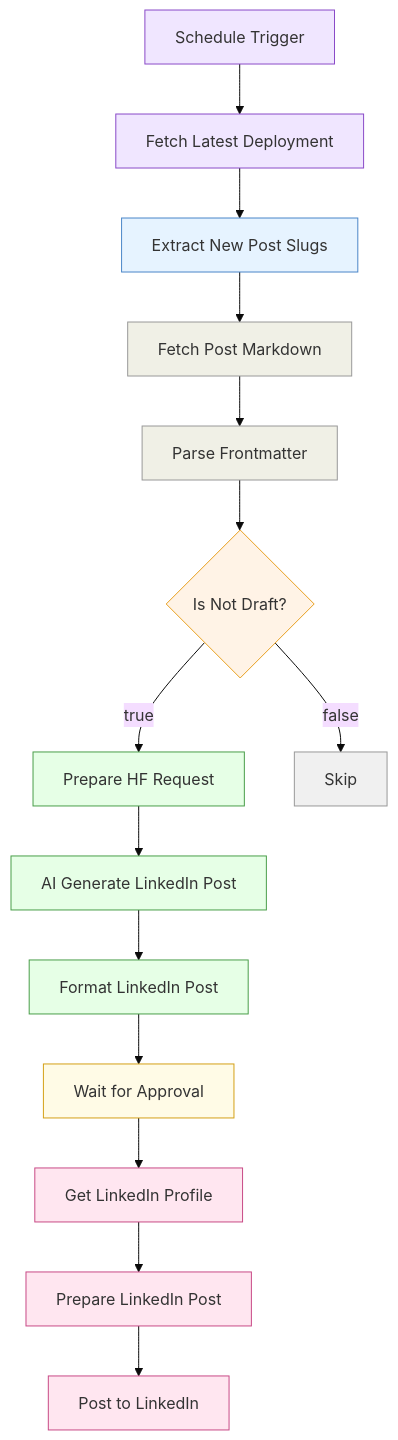
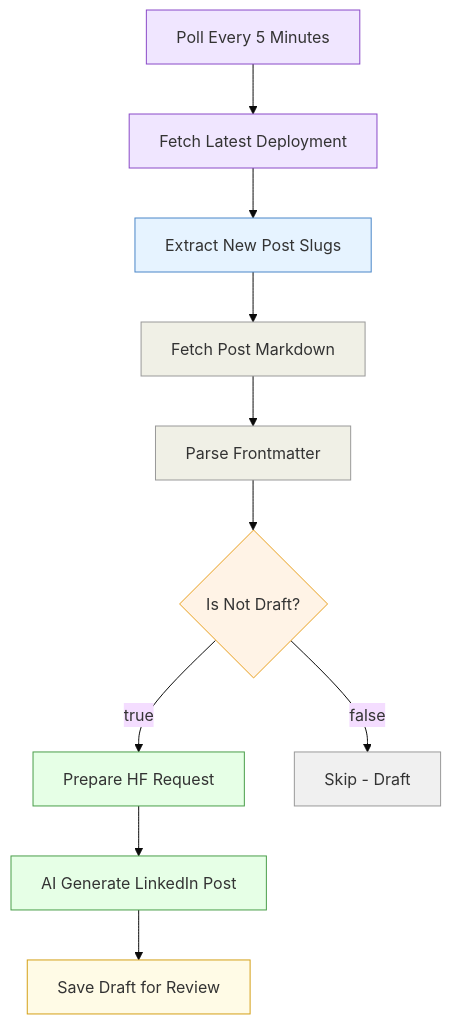
One commit to thatsmeadarsh/n8n-powered-auto-web-publish changed the third of 7 diagrams in docs/architecture.md. Above: the diagram before and after it, drawn with Mermaid (base theme). The commit also changed other lines of this file and 7 other files, not shown here.

First line of the commit message:
Add two-workflow architecture with form-based review

````diff
--- a/docs/architecture.md
+++ b/docs/architecture.md
@@ -194,31 +224,23 @@
 ```mermaid
 graph TD
-    ST[Schedule Trigger] --> FD[Fetch Latest Deployment]
+    ST[Poll Every 5 Minutes] --> FD[Fetch Latest Deployment]
     FD --> ES[Extract New Post Slugs]
     ES --> FM[Fetch Post Markdown]
     FM --> PF[Parse Frontmatter]
     PF --> DC{Is Not Draft?}
     DC -->|true| PR[Prepare HF Request]
-    DC -->|false| SK[Skip]
+    DC -->|false| SK[Skip - Draft]
     PR --> HF[AI Generate LinkedIn Post]
-    HF --> FL[Format LinkedIn Post]
-    FL --> WA[Wait for Approval]
-    WA --> GL[Get LinkedIn Profile]
-    GL --> PL[Prepare LinkedIn Post]
-    PL --> LI[Post to LinkedIn]
+    HF --> SD[Save Draft for Review]
 
     style ST fill:#f0e6ff,stroke:#8a4ac8
     style FD fill:#f0e6ff,stroke:#8a4ac8
     style ES fill:#e6f3ff,stroke:#4a86c8
     style FM fill:#f0f0e6,stroke:#999
     style PF fill:#f0f0e6,stroke:#999
     style DC fill:#fff3e6,stroke:#e8a020
     style SK fill:#f0f0f0,stroke:#999
     style PR fill:#e6ffe6,stroke:#4a9e4a
     style HF fill:#e6ffe6,stroke:#4a9e4a
-    style FL fill:#e6ffe6,stroke:#4a9e4a
-    style WA fill:#fffbe6,stroke:#d4a017
-    style GL fill:#ffe6f0,stroke:#c84a86
-    style PL fill:#ffe6f0,stroke:#c84a86
-    style LI fill:#ffe6f0,stroke:#c84a86
+    style SD fill:#fffbe6,stroke:#d4a017
 ```
````
